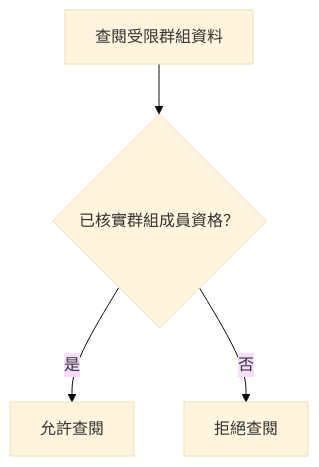
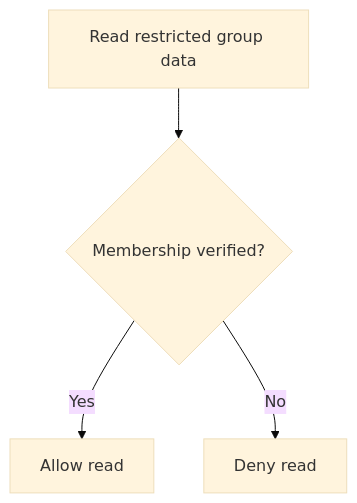
The diagram in docs/domains/group/README.md (963sup/line-mini-app-bot), drawn with Mermaid (base theme) before and after one commit. The commit also changed other lines of this file and 341 other files, not shown here.

````diff
--- a/docs/domains/group/README.md
+++ b/docs/domains/group/README.md
@@ -25,6 +31,6 @@
 ```mermaid
 flowchart TD
-    start["查閱受限群組資料"] --> gate{"已核實群組成員資格？"}
-    gate -->|是| ok["允許查閱"]
-    gate -->|否| stop["拒絕查閱"]
+    start["Read restricted group data"] --> gate{"Membership verified?"}
+    gate -->|Yes| ok["Allow read"]
+    gate -->|No| stop["Deny read"]
 ```
````
